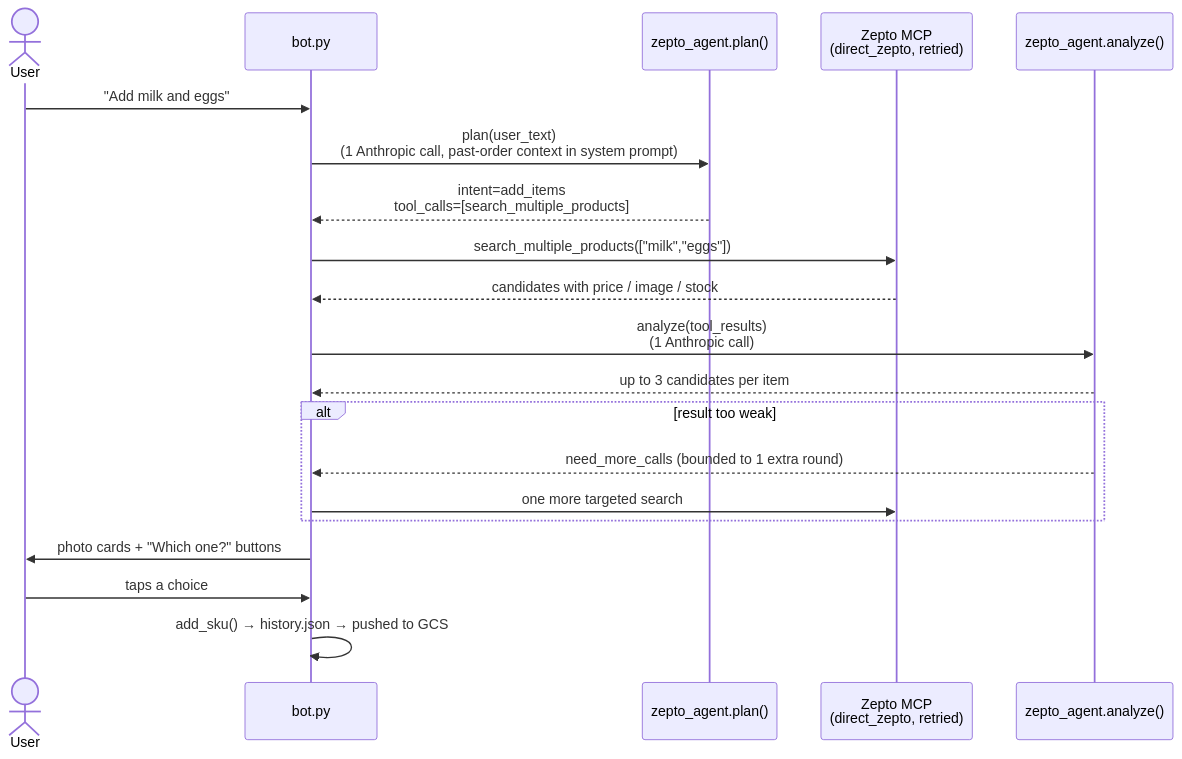
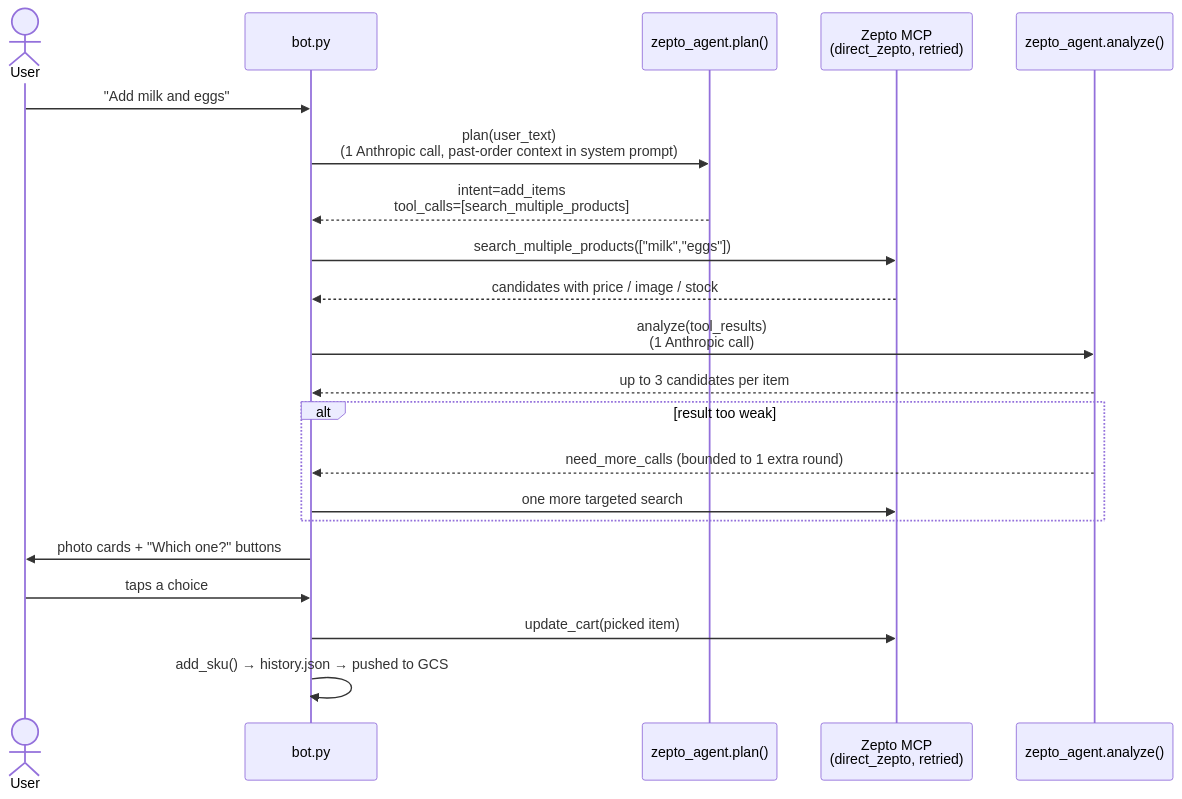
Before and after one commit to pruturaj16/zepto-smart-buyer: the second of 3 diagrams in README.md, drawn with Mermaid. The commit also changed other lines of this file, not shown here.

First line of the commit message:
Update README to reflect immediate cart-add flow, informational-only alert

````diff
--- a/README.md
+++ b/README.md
@@ -76,23 +75,24 @@
 ```mermaid
 sequenceDiagram
     actor U as User
     participant B as bot.py
     participant Plan as zepto_agent.plan()
     participant Zepto as Zepto MCP<br/>(direct_zepto, retried)
     participant An as zepto_agent.analyze()
 
     U->>B: "Add milk and eggs"
     B->>Plan: plan(user_text)<br/>(1 Anthropic call, past-order context in system prompt)
     Plan-->>B: intent=add_items<br/>tool_calls=[search_multiple_products]
     B->>Zepto: search_multiple_products(["milk","eggs"])
     Zepto-->>B: candidates with price / image / stock
     B->>An: analyze(tool_results)<br/>(1 Anthropic call)
     An-->>B: up to 3 candidates per item
     alt result too weak
         An-->>B: need_more_calls (bounded to 1 extra round)
         B->>Zepto: one more targeted search
     end
     B->>U: photo cards + "Which one?" buttons
     U->>B: taps a choice
+    B->>Zepto: update_cart(picked item)
     B->>B: add_sku() → history.json → pushed to GCS
 ```
````
